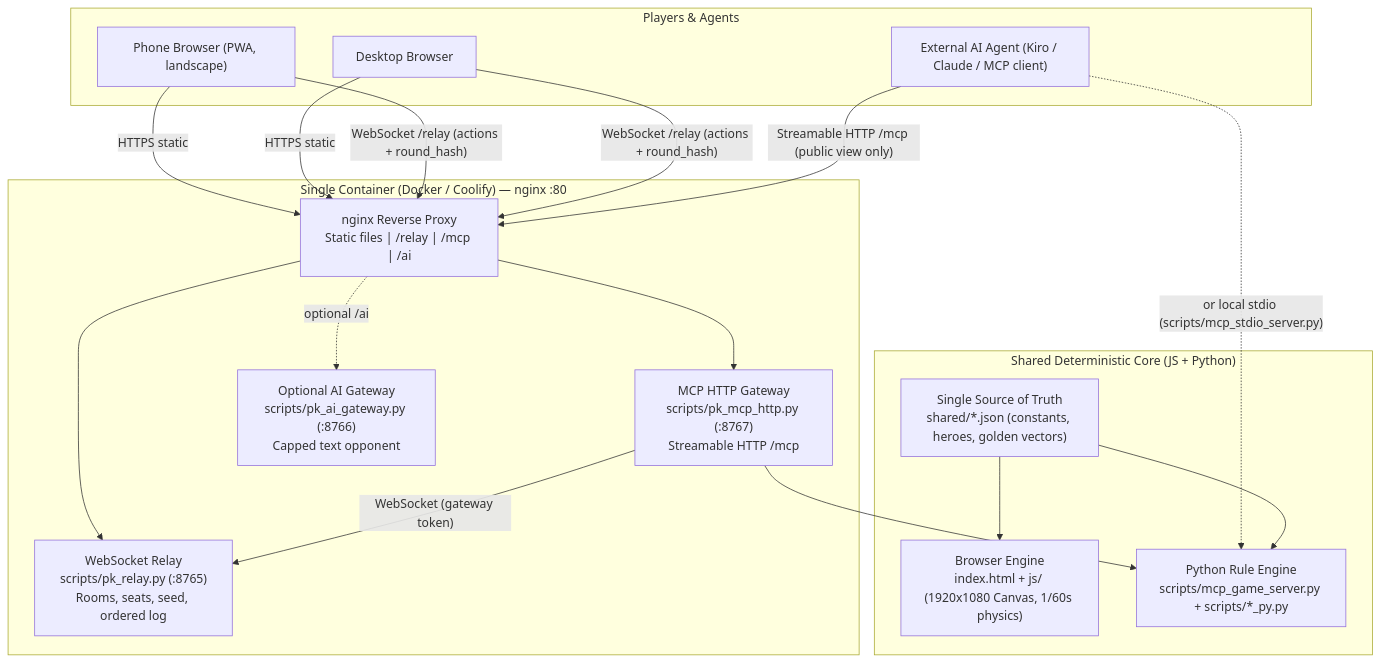
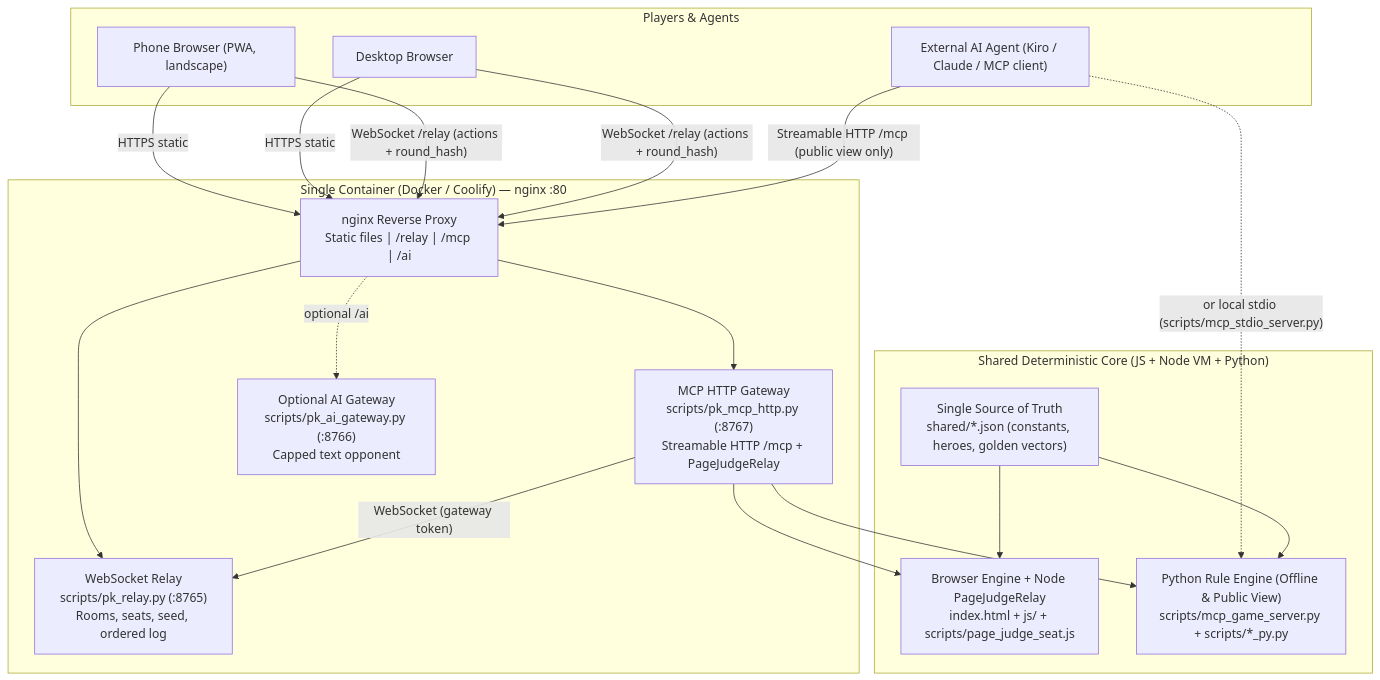
The first of 2 diagrams in README.md (jiarong0423/pumpkin-killer-kiroween), drawn with Mermaid before and after one commit. The commit also changed other lines of this file and 38 other files, not shown here.

Commit message:
Unify hero portraits, replace legacy GIFs with 2026-11-26 assets, route invited MCP agents via PageJudgeRelay (LIVE-3V3-1..4), and align docs/tools

````diff
--- a/README.md
+++ b/README.md
@@ -17,31 +19,32 @@
 ```mermaid
 flowchart TB
   subgraph Clients["Players & Agents"]
     PH["Phone Browser (PWA, landscape)"]
     PC["Desktop Browser"]
     AG["External AI Agent (Kiro / Claude / MCP client)"]
   end
 
   subgraph Edge["Single Container (Docker / Coolify) — nginx :80"]
     NG["nginx Reverse Proxy\nStatic files | /relay | /mcp | /ai"]
     RL["WebSocket Relay\nscripts/pk_relay.py (:8765)\nRooms, seats, seed, ordered log"]
-    MH["MCP HTTP Gateway\nscripts/pk_mcp_http.py (:8767)\nStreamable HTTP /mcp"]
+    MH["MCP HTTP Gateway\nscripts/pk_mcp_http.py (:8767)\nStreamable HTTP /mcp + PageJudgeRelay"]
     AI["Optional AI Gateway\nscripts/pk_ai_gateway.py (:8766)\nCapped text opponent"]
   end
 
-  subgraph Engine["Shared Deterministic Core (JS + Python)"]
-    JS["Browser Engine\nindex.html + js/ (1920x1080 Canvas, 1/60s physics)"]
-    PY["Python Rule Engine\nscripts/mcp_game_server.py + scripts/*_py.py"]
+  subgraph Engine["Shared Deterministic Core (JS + Node VM + Python)"]
+    JS["Browser Engine + Node PageJudgeRelay\nindex.html + js/ + scripts/page_judge_seat.js"]
+    PY["Python Rule Engine (Offline & Public View)\nscripts/mcp_game_server.py + scripts/*_py.py"]
     SH["Single Source of Truth\nshared/*.json (constants, heroes, golden vectors)"]
   end
 
   PH & PC -- "HTTPS static" --> NG
   PH & PC -- "WebSocket /relay (actions + round_hash)" --> NG --> RL
   AG -- "Streamable HTTP /mcp (public view only)" --> NG --> MH
   AG -. "or local stdio (scripts/mcp_stdio_server.py)" .-> PY
+  MH --> JS
   MH --> PY
   MH -- "WebSocket (gateway token)" --> RL
   NG -. "optional /ai" .-> AI
   SH --> JS
   SH --> PY
 ```
````
